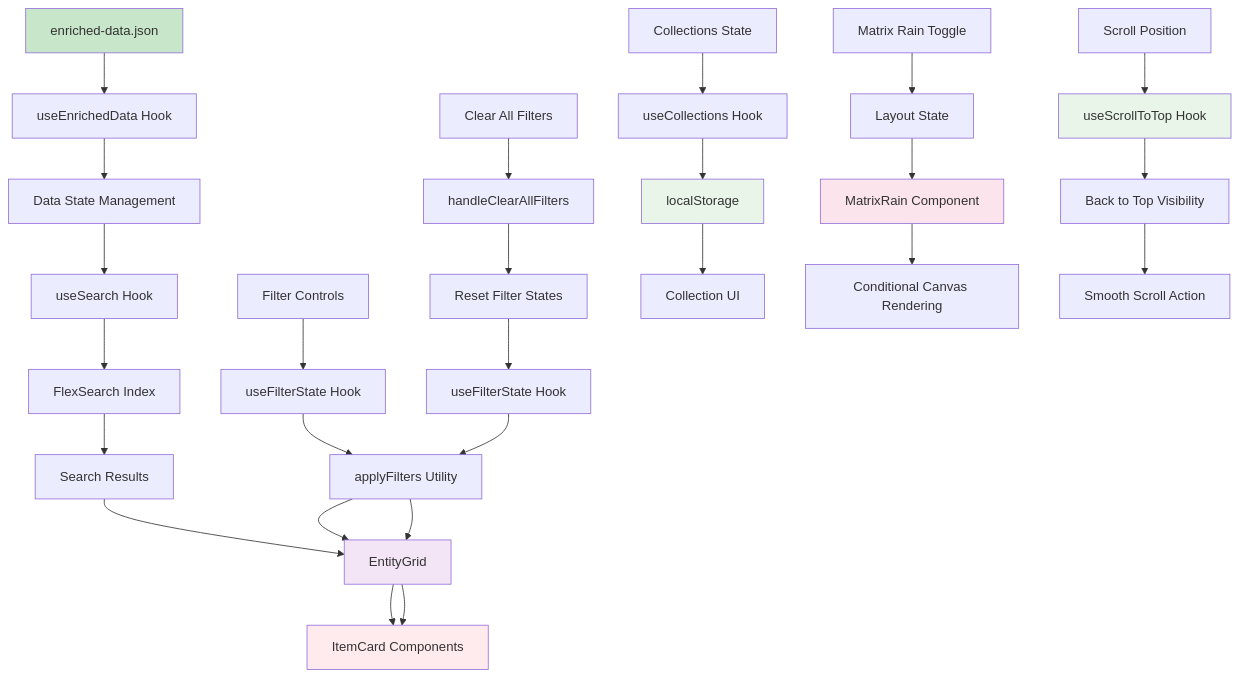
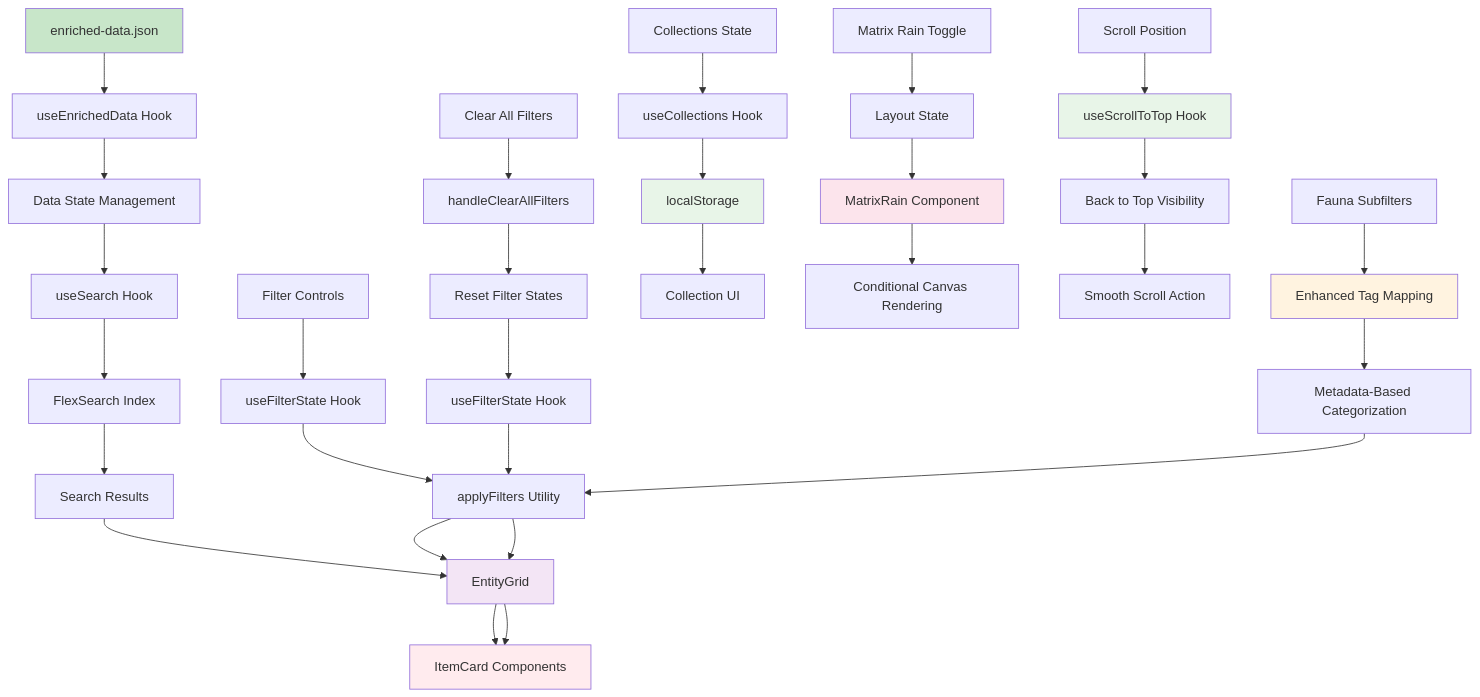
Before and after one commit to AustroMelee/Austros-ATLA-World: the fourth of 18 diagrams in docs/data flow.md, drawn with Mermaid. The commit also changed other lines of this file and 165 other files, not shown here.

First line of the commit message:
feat: fix fauna subfilter categorization with enhanced tag mapping

````diff
--- a/docs/data flow.md
+++ b/docs/data flow.md
@@ -102,41 +102,46 @@
 ```mermaid
 graph TD
     A[enriched-data.json] --> B[useEnrichedData Hook]
     B --> C[Data State Management]
     C --> D[useSearch Hook]
     D --> E[FlexSearch Index]
     E --> F[Search Results]
     
     G[Filter Controls] --> H[useFilterState Hook]
     H --> I[applyFilters Utility]
     I --> J[useMemo Cache]
     J --> K[Filtered Data]
     
     L[Clear All Filters] --> M[handleClearAllFilters]
     M --> N[Reset Filter States]
     N --> O[useFilterState Hook]
     O --> I
     
     F --> J[EntityGrid]
     I --> J
     J --> K[ItemCard Components]
     
     P[Collections State] --> Q[useCollections Hook]
     Q --> R[localStorage]
     R --> S[Collection UI]
     
     T[Matrix Rain Toggle] --> U[Layout State]
     U --> V[MatrixRain Component]
     V --> W[Conditional Canvas Rendering]
     
     X[Scroll Position] --> Y[useScrollToTop Hook]
     Y --> Z[Back to Top Visibility]
     Z --> AA[Smooth Scroll Action]
     
+    BB[Fauna Subfilters] --> CC[Enhanced Tag Mapping]
+    CC --> DD[Metadata-Based Categorization]
+    DD --> I
+    
     style A fill:#c8e6c9
     style J fill:#f3e5f5
     style K fill:#ffebee
     style R fill:#e8f5e8
     style V fill:#fce4ec
     style Y fill:#e8f5e8
+    style CC fill:#fff3e0
 ```
````
